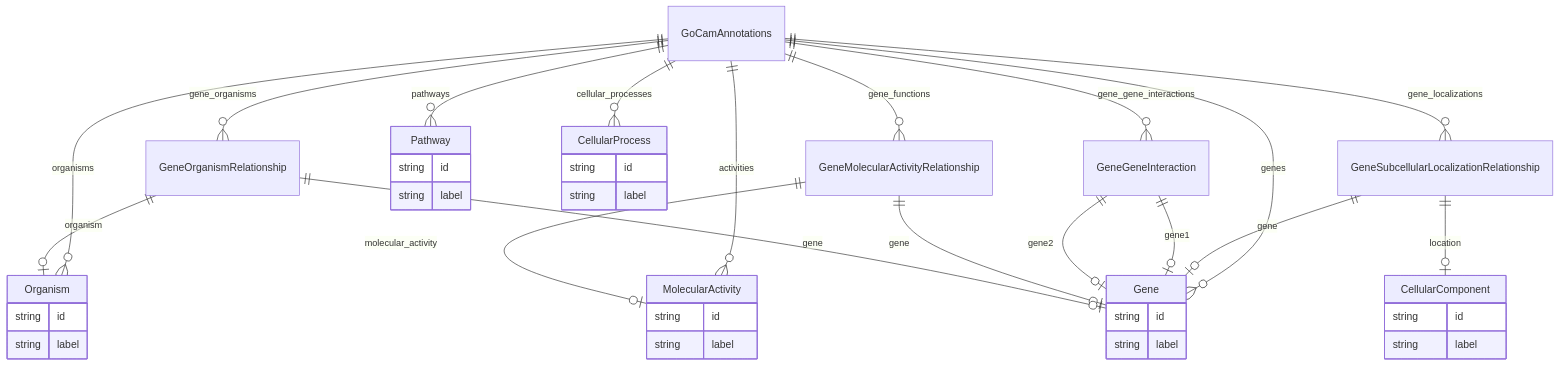
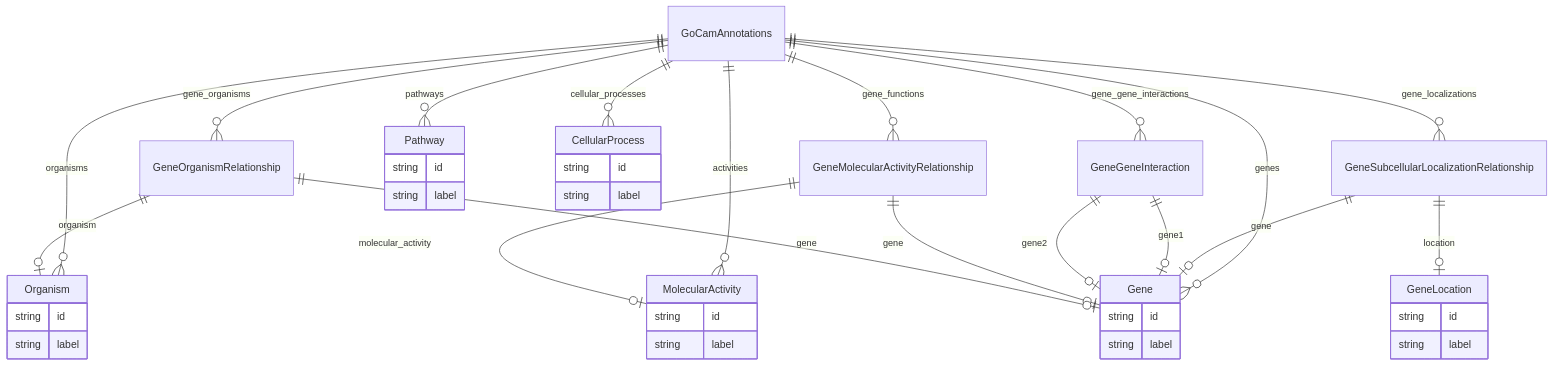
One commit to monarch-initiative/ontogpt changed the diagram in docs/gocam/GoCamAnnotations.md. Above: the diagram before and after it, drawn with Mermaid. The commit also changed other lines of this file and 131 other files, not shown here.

````diff
--- a/docs/gocam/GoCamAnnotations.md
+++ b/docs/gocam/GoCamAnnotations.md
@@ -8,61 +8,61 @@
 ```mermaid
 erDiagram
 GoCamAnnotations {
 
 }
 GeneSubcellularLocalizationRelationship {
 
 }
-CellularComponent {
+GeneLocation {
     string id  
     string label  
 }
 Gene {
     string id  
     string label  
 }
 GeneGeneInteraction {
 
 }
 Pathway {
     string id  
     string label  
 }
 CellularProcess {
     string id  
     string label  
 }
 GeneMolecularActivityRelationship {
 
 }
 MolecularActivity {
     string id  
     string label  
 }
 GeneOrganismRelationship {
 
 }
 Organism {
     string id  
     string label  
 }
 
 GoCamAnnotations ||--}o Gene : "genes"
 GoCamAnnotations ||--}o Organism : "organisms"
 GoCamAnnotations ||--}o GeneOrganismRelationship : "gene_organisms"
 GoCamAnnotations ||--}o MolecularActivity : "activities"
 GoCamAnnotations ||--}o GeneMolecularActivityRelationship : "gene_functions"
 GoCamAnnotations ||--}o CellularProcess : "cellular_processes"
 GoCamAnnotations ||--}o Pathway : "pathways"
 GoCamAnnotations ||--}o GeneGeneInteraction : "gene_gene_interactions"
 GoCamAnnotations ||--}o GeneSubcellularLocalizationRelationship : "gene_localizations"
 GeneSubcellularLocalizationRelationship ||--|o Gene : "gene"
-GeneSubcellularLocalizationRelationship ||--|o CellularComponent : "location"
+GeneSubcellularLocalizationRelationship ||--|o GeneLocation : "location"
 GeneGeneInteraction ||--|o Gene : "gene1"
 GeneGeneInteraction ||--|o Gene : "gene2"
 GeneMolecularActivityRelationship ||--|o Gene : "gene"
 GeneMolecularActivityRelationship ||--|o MolecularActivity : "molecular_activity"
 GeneOrganismRelationship ||--|o Gene : "gene"
 GeneOrganismRelationship ||--|o Organism : "organism"
 
 ```
````
